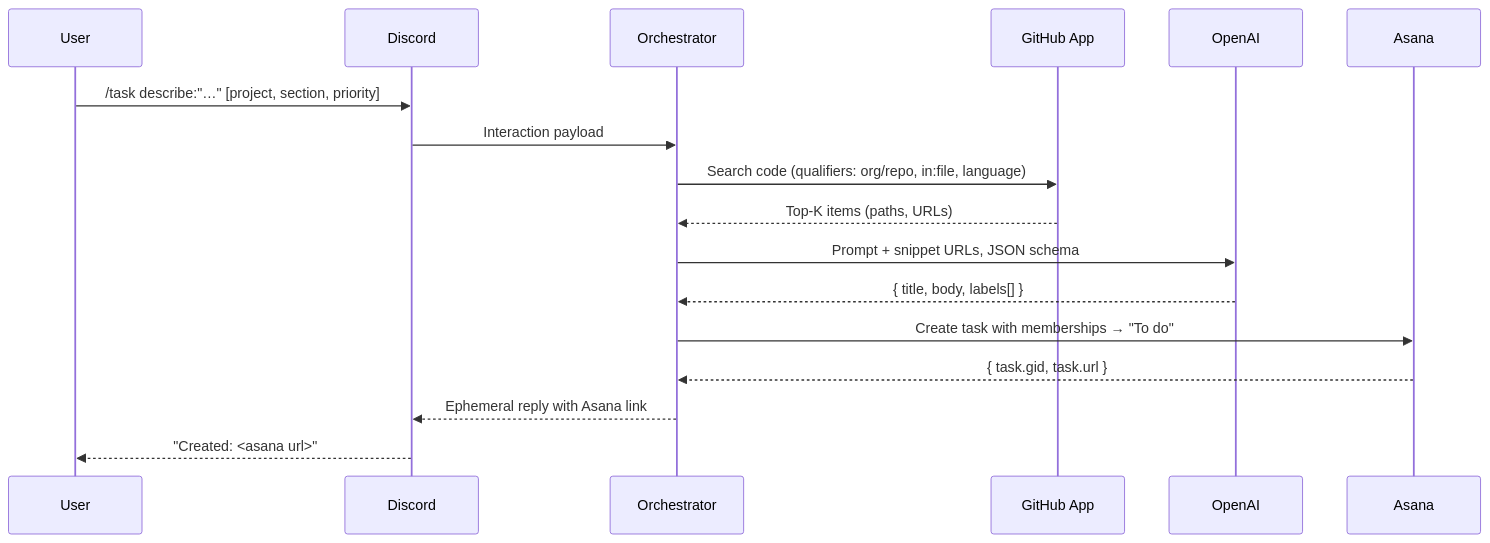
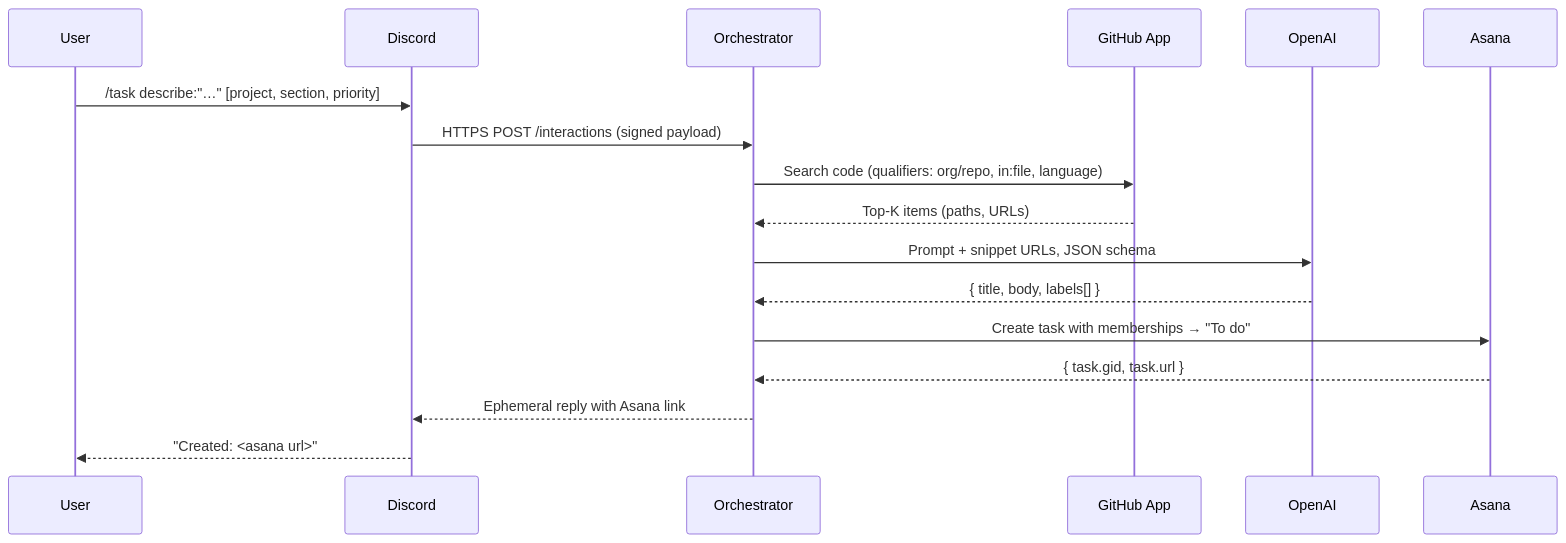
One commit to Denuo-Web/disubana changed the diagram in README.md. Above: the diagram before and after it, drawn with Mermaid. The commit also changed other lines of this file and 4 other files, not shown here.

````diff
--- a/README.md
+++ b/README.md
@@ -61,20 +61,20 @@
 ```mermaid
 sequenceDiagram
     participant U as User
     participant Di as Discord
     participant Or as Orchestrator
     participant Gh as GitHub App
     participant Ai as OpenAI
     participant As as Asana
 
     U->>Di: /task describe:"…" [project, section, priority]
-    Di->>Or: Interaction payload
+    Di->>Or: HTTPS POST /interactions (signed payload)
     Or->>Gh: Search code (qualifiers: org/repo, in:file, language)
     Gh-->>Or: Top-K items (paths, URLs)
     Or->>Ai: Prompt + snippet URLs, JSON schema
     Ai-->>Or: { title, body, labels[] }
     Or->>As: Create task with memberships → "To do"
     As-->>Or: { task.gid, task.url }
     Or-->>Di: Ephemeral reply with Asana link
     Di-->>U: "Created: <asana url>"
 ```
````
